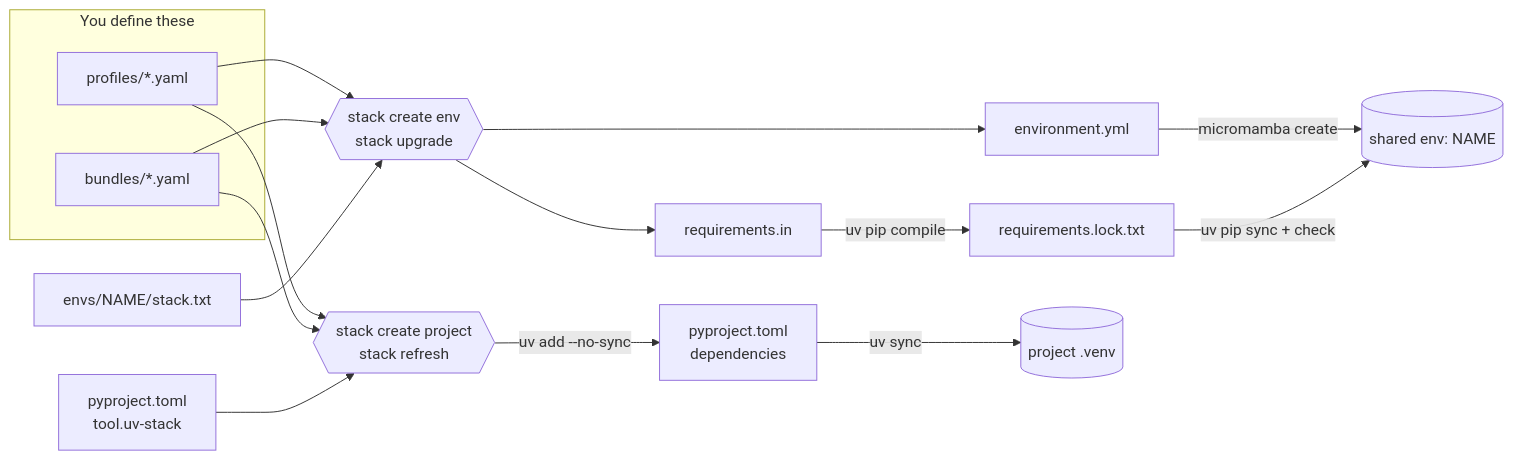
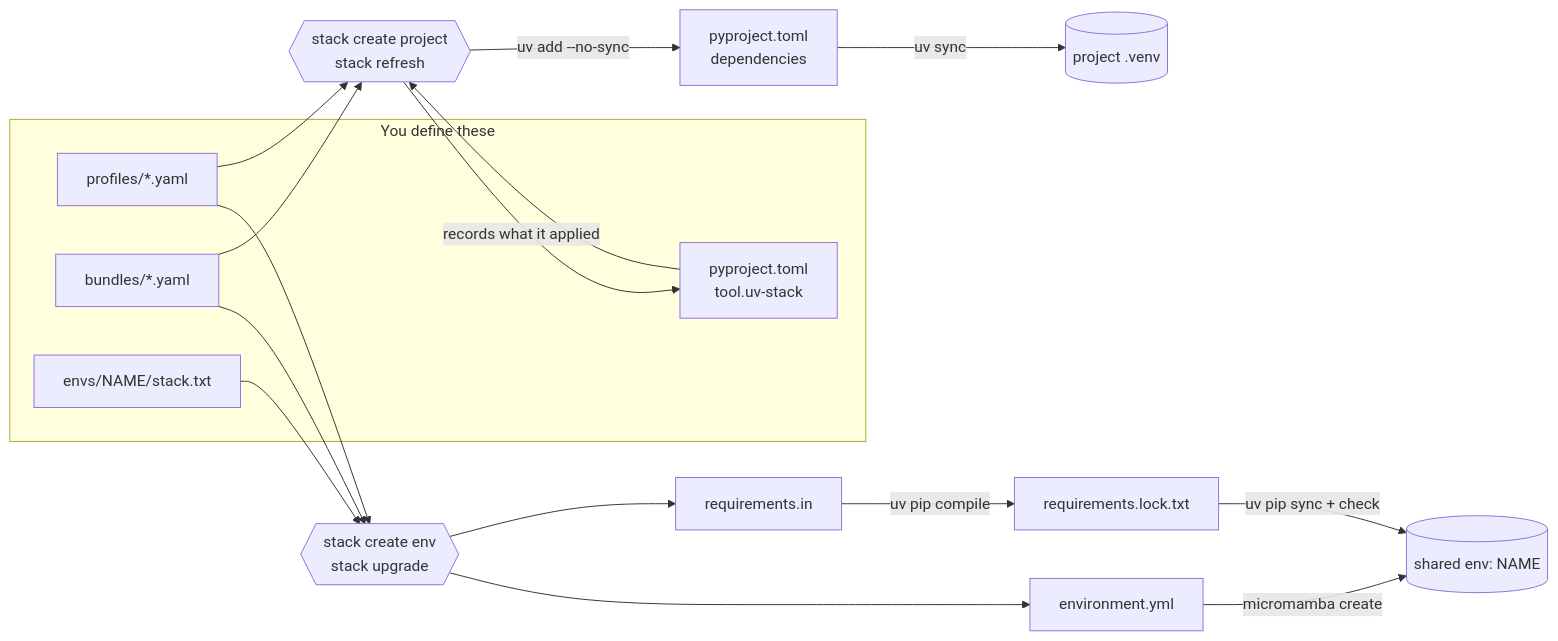
One commit to scott-arne/uv-stack changed the diagram in README.md. Above: the diagram before and after it, drawn with Mermaid. The commit also changed other lines of this file, not shown here.

First line of the commit message:
docs: correct the flow diagram's tracking-table direction

````diff
--- a/README.md
+++ b/README.md
@@ -19,34 +19,35 @@
 ```mermaid
 flowchart LR
     subgraph sources["You define these"]
         P["profiles/*.yaml"]
         B["bundles/*.yaml"]
+        S["envs/NAME/stack.txt"]
+        T["pyproject.toml<br>tool.uv-stack"]
     end
 
-    S["envs/NAME/stack.txt"]
     R{{"stack create env<br>stack upgrade"}}
     EY["environment.yml"]
     RI["requirements.in"]
     LK["requirements.lock.txt"]
     ENV[("shared env: NAME")]
 
-    T["pyproject.toml<br>tool.uv-stack"]
     R2{{"stack create project<br>stack refresh"}}
     D["pyproject.toml<br>dependencies"]
     V[("project .venv")]
 
     P --> R
     B --> R
     S --> R
     R --> EY
     R --> RI
     EY -- "micromamba create" --> ENV
     RI -- "uv pip compile" --> LK
     LK -- "uv pip sync + check" --> ENV
 
     P --> R2
     B --> R2
     T --> R2
+    R2 -- "records what it applied" --> T
     R2 -- "uv add --no-sync" --> D
     D -- "uv sync" --> V
 ```
````
